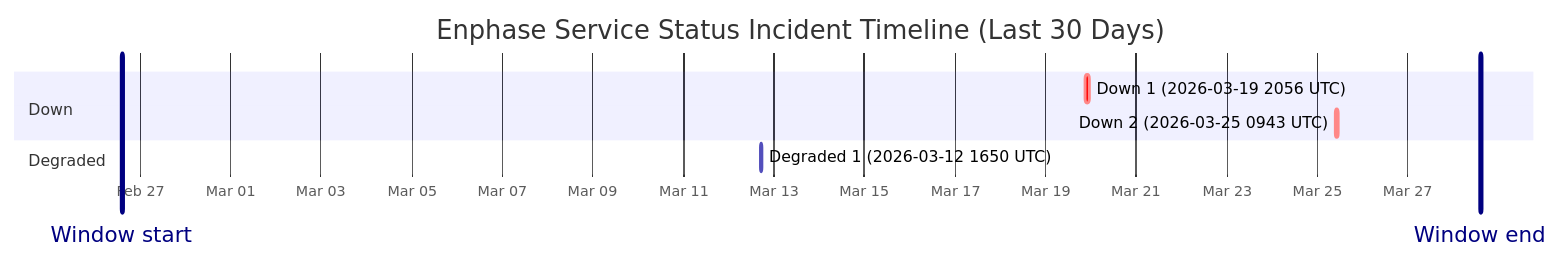
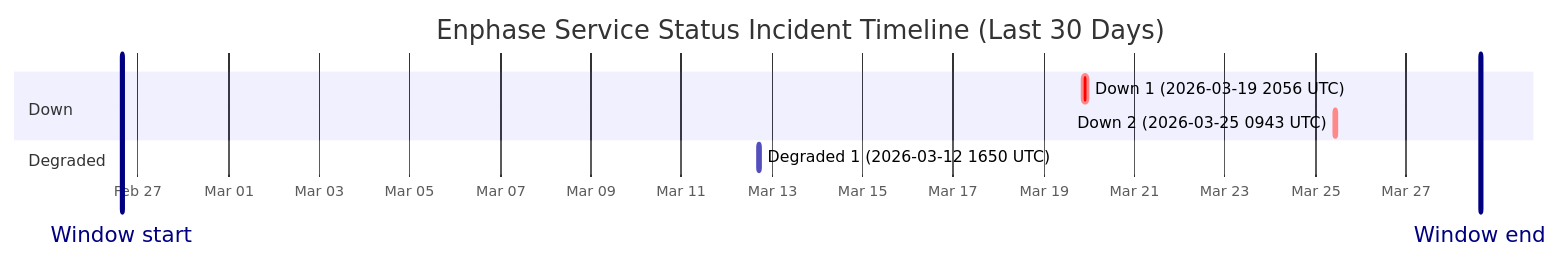
Before and after one commit to barneyonline/ha-enphase-ev-charger: the diagram in wiki/Service-Status-History.md, drawn with Mermaid. The commit also changed other lines of this file and 3 other files, not shown here.

````diff
--- a/wiki/Service-Status-History.md
+++ b/wiki/Service-Status-History.md
@@ -14,13 +14,13 @@
 ```mermaid
 gantt
     title Enphase Service Status Incident Timeline (Last 30 Days)
     dateFormat  YYYY-MM-DDTHH:mm:ss
     axisFormat  %b %d
-    Window start :vert, window-start, 2026-02-26T14:24:01, 0ms
-    Window end :vert, window-end, 2026-03-28T14:24:01, 0ms
+    Window start :vert, window-start, 2026-02-26T15:22:11, 0ms
+    Window end :vert, window-end, 2026-03-28T15:22:11, 0ms
     section Down
     Down 1 (2026-03-19 2056 UTC) :crit, down-1, 2026-03-19T20:56:20, 145m
     Down 2 (2026-03-25 0943 UTC) :crit, down-2, 2026-03-25T09:43:28, 111m
     section Degraded
     Degraded 1 (2026-03-12 1650 UTC) :active, degraded-1, 2026-03-12T16:50:43, 60m
 ```
````
